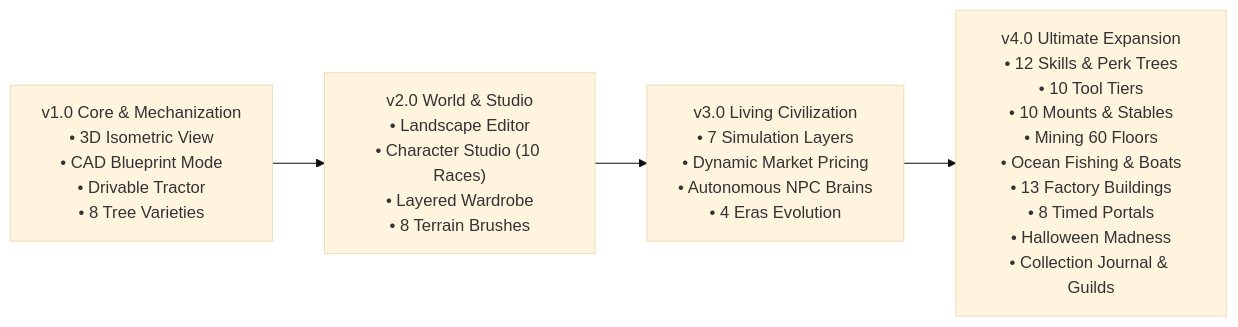
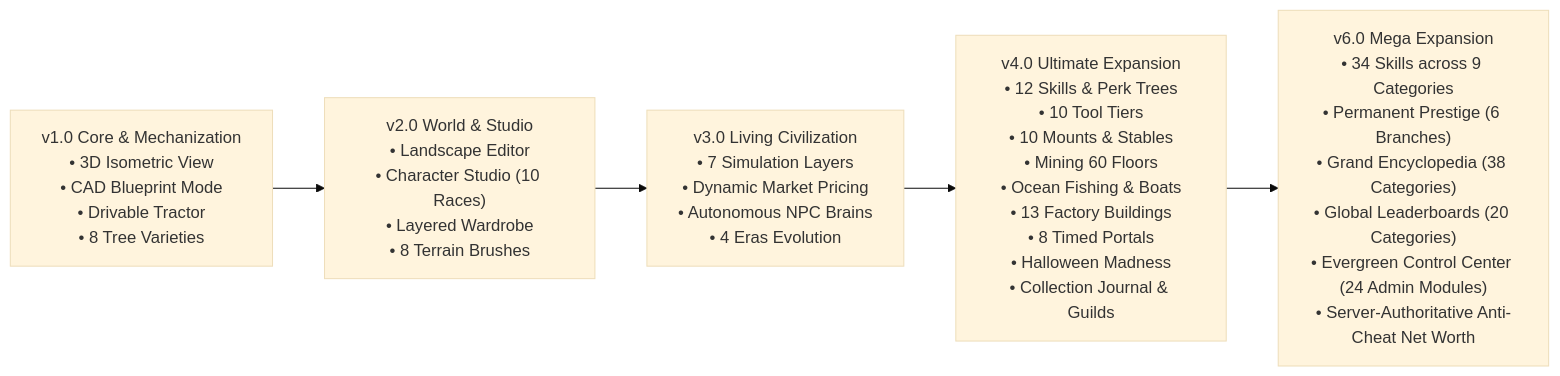
Before and after one commit to FahmiGF/Evergreen_Chronicles: the diagram in README.md, drawn with Mermaid (base theme). The commit also changed other lines of this file and 23 other files, not shown here.

Commit message:
feat(v6): Evergreen Chronicles Mega Expansion V6 - Progression, Encyclopedia, Leaderboards & Admin Control Center

````diff
--- a/README.md
+++ b/README.md
@@ -15,6 +15,7 @@
 ```mermaid
 flowchart LR
     V1["v1.0 Core & Mechanization\n• 3D Isometric View\n• CAD Blueprint Mode\n• Drivable Tractor\n• 8 Tree Varieties"] --> V2["v2.0 World & Studio\n• Landscape Editor\n• Character Studio (10 Races)\n• Layered Wardrobe\n• 8 Terrain Brushes"]
     V2 --> V3["v3.0 Living Civilization\n• 7 Simulation Layers\n• Dynamic Market Pricing\n• Autonomous NPC Brains\n• 4 Eras Evolution"]
     V3 --> V4["v4.0 Ultimate Expansion\n• 12 Skills & Perk Trees\n• 10 Tool Tiers\n• 10 Mounts & Stables\n• Mining 60 Floors\n• Ocean Fishing & Boats\n• 13 Factory Buildings\n• 8 Timed Portals\n• Halloween Madness\n• Collection Journal & Guilds"]
+    V4 --> V6["v6.0 Mega Expansion\n• 34 Skills across 9 Categories\n• Permanent Prestige (6 Branches)\n• Grand Encyclopedia (38 Categories)\n• Global Leaderboards (20 Categories)\n• Evergreen Control Center (24 Admin Modules)\n• Server-Authoritative Anti-Cheat Net Worth"]
 ```
````
